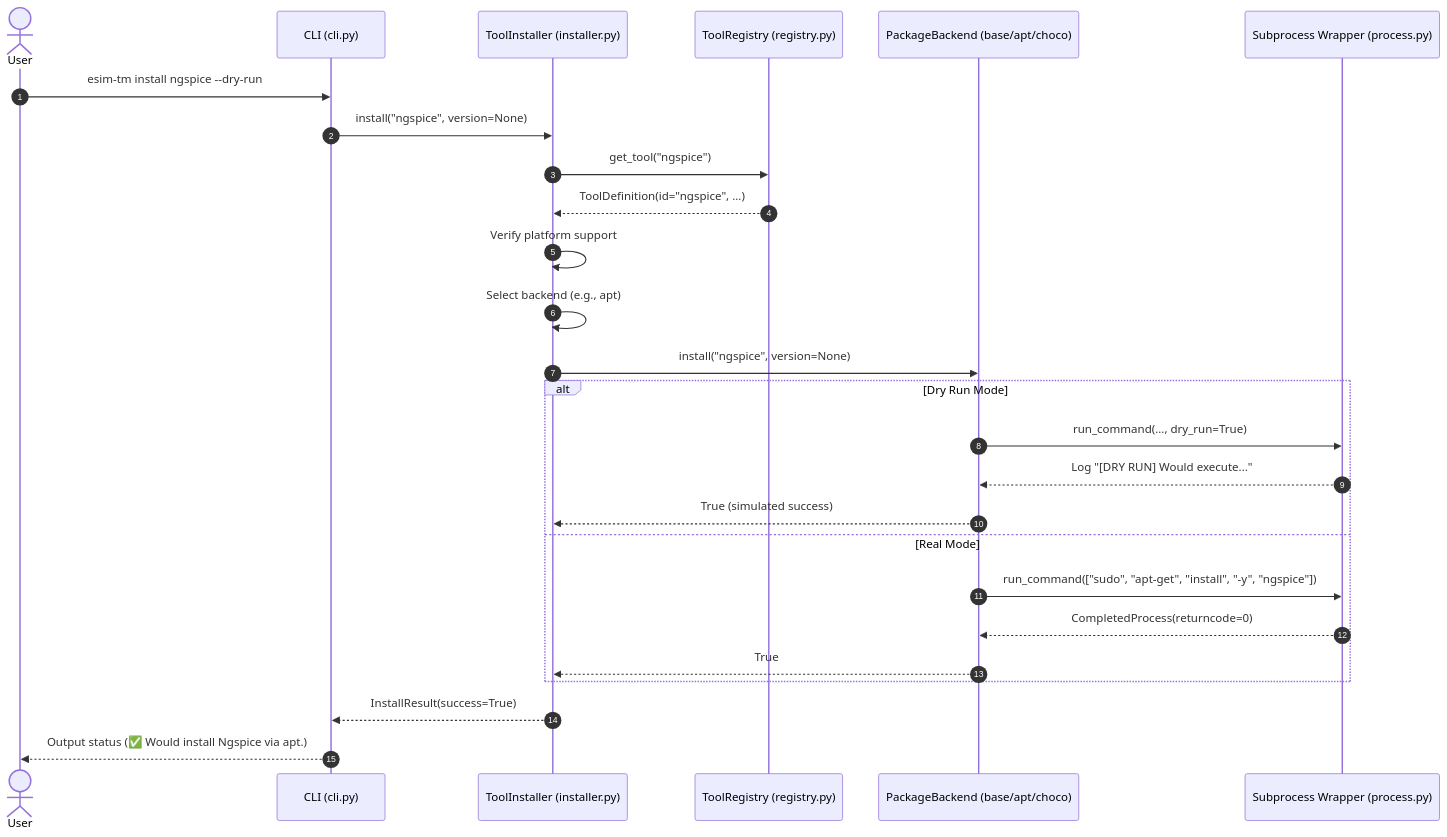
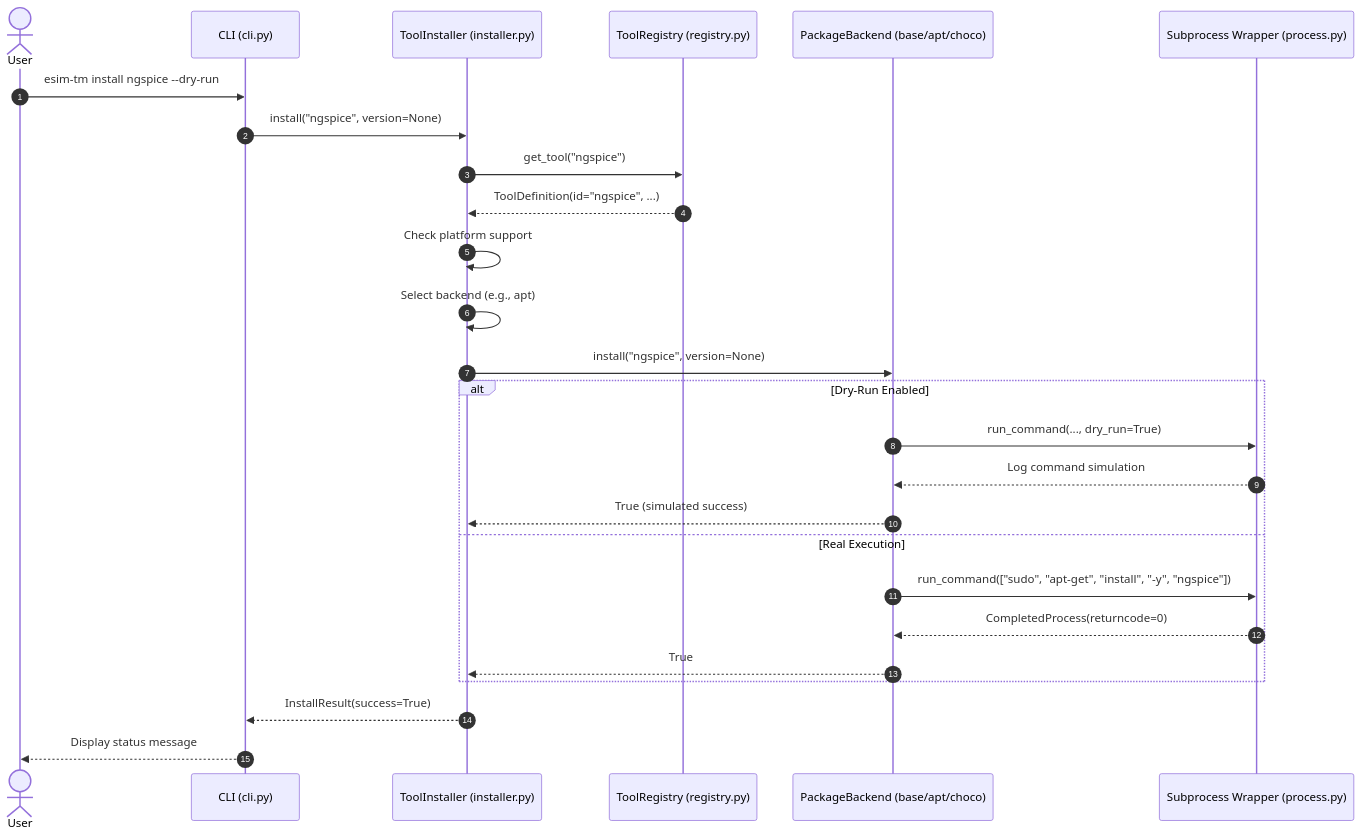
One commit to sharma23Mukul/esim-automated-tool-manager changed the second of 4 diagrams in DESIGN.md. Above: the diagram before and after it, drawn with Mermaid. The commit also changed other lines of this file and 3 other files, not shown here.

Commit message:
docs: refine documentation, architecture diagrams, and demo reference

````diff
--- a/DESIGN.md
+++ b/DESIGN.md
@@ -150,29 +150,29 @@
 ```mermaid
 sequenceDiagram
     autonumber
     actor User
     participant CLI as CLI (cli.py)
     participant Installer as ToolInstaller (installer.py)
     participant Registry as ToolRegistry (registry.py)
     participant Backend as PackageBackend (base/apt/choco)
     participant Process as Subprocess Wrapper (process.py)
 
     User->>CLI: esim-tm install ngspice --dry-run
     CLI->>Installer: install("ngspice", version=None)
     Installer->>Registry: get_tool("ngspice")
     Registry-->>Installer: ToolDefinition(id="ngspice", ...)
-    Installer->>Installer: Verify platform support
+    Installer->>Installer: Check platform support
     Installer->>Installer: Select backend (e.g., apt)
     Installer->>Backend: install("ngspice", version=None)
-    alt Dry Run Mode
+    alt Dry-Run Enabled
         Backend->>Process: run_command(..., dry_run=True)
-        Process-->>Backend: Log "[DRY RUN] Would execute..."
+        Process-->>Backend: Log command simulation
         Backend-->>Installer: True (simulated success)
-    else Real Mode
+    else Real Execution
         Backend->>Process: run_command(["sudo", "apt-get", "install", "-y", "ngspice"])
         Process-->>Backend: CompletedProcess(returncode=0)
         Backend-->>Installer: True
     end
     Installer-->>CLI: InstallResult(success=True)
-    CLI-->>User: Output status (✅ Would install Ngspice via apt.)
+    CLI-->>User: Display status message
 ```
````
